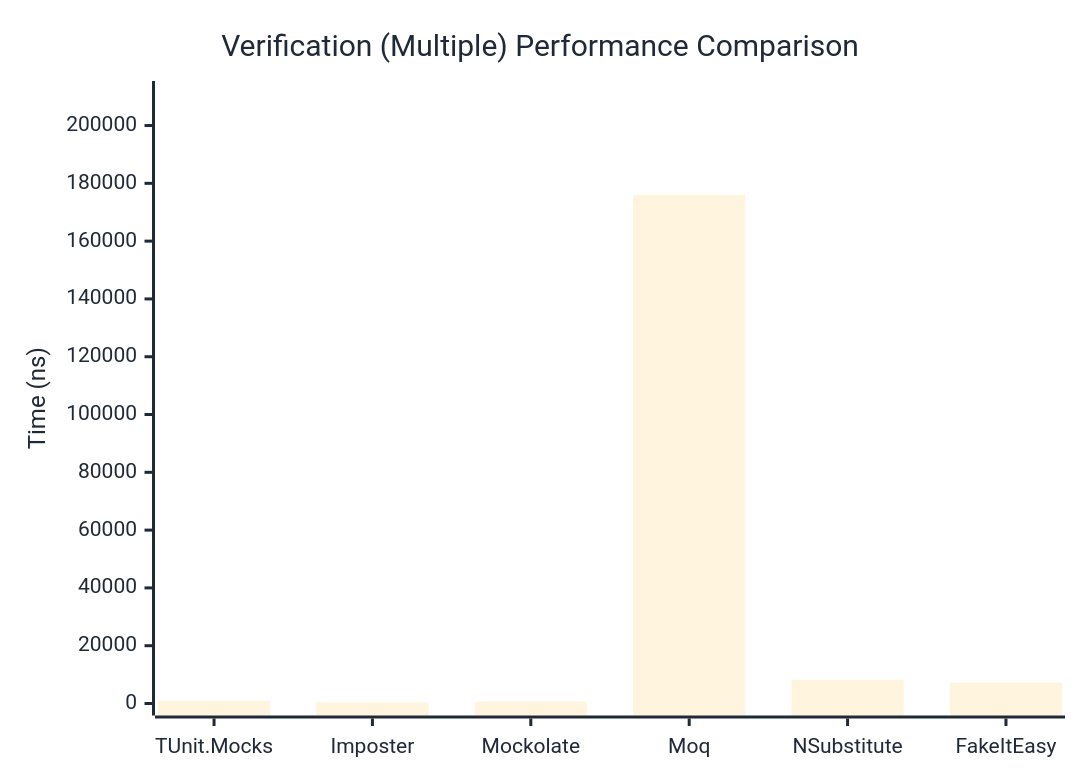
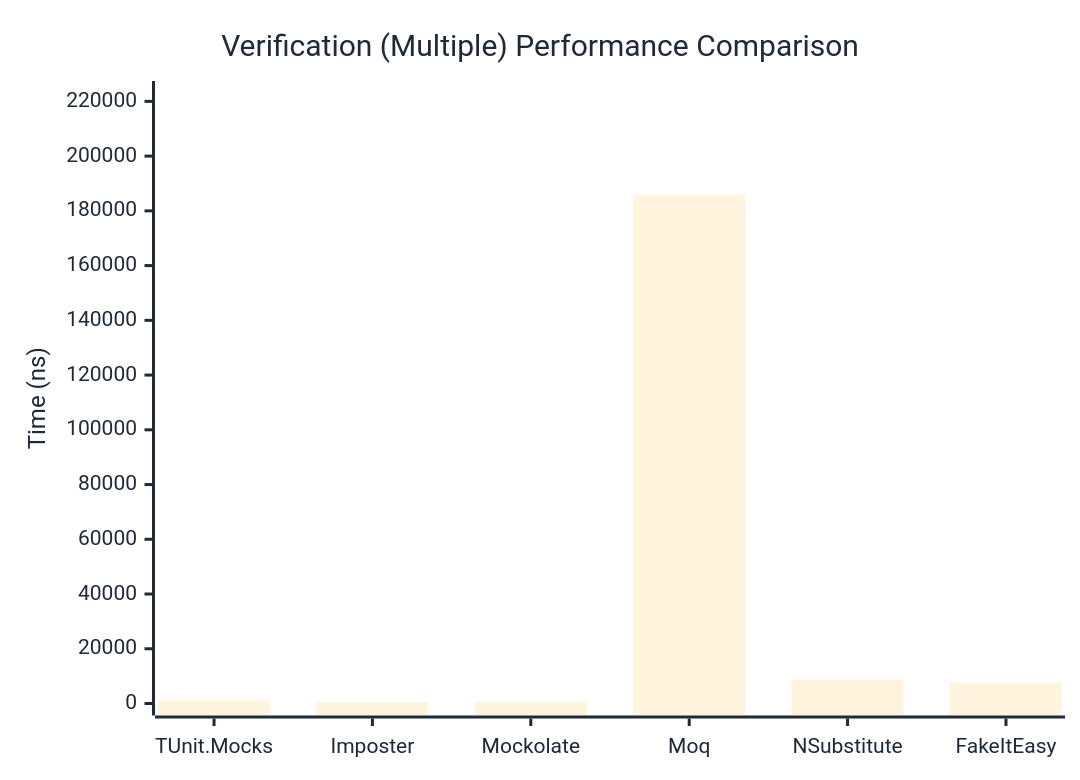
One commit to thomhurst/TUnit changed the third of 3 diagrams in docs/docs/benchmarks/mocks/Verification.md. Above: the diagram before and after it, drawn with Mermaid. The commit also changed other lines of this file and 14 other files, not shown here.

````diff
--- a/docs/docs/benchmarks/mocks/Verification.md
+++ b/docs/docs/benchmarks/mocks/Verification.md
@@ -112,27 +112,27 @@
 ```mermaid
 %%{init: {
   'theme':'base',
   'themeVariables': {
     'primaryColor': '#2563eb',
     'primaryTextColor': '#1f2937',
     'primaryBorderColor': '#1e40af',
     'lineColor': '#6b7280',
     'secondaryColor': '#7c3aed',
     'tertiaryColor': '#dc2626',
     'background': '#ffffff',
     'pie1': '#2563eb',
     'pie2': '#7c3aed',
     'pie3': '#dc2626',
     'pie4': '#f59e0b',
     'pie5': '#10b981',
     'pie6': '#06b6d4',
     'pie7': '#ec4899',
     'pie8': '#6366f1'
   }
 }}%%
 xychart-beta
   title "Verification (Multiple) Performance Comparison"
   x-axis ["TUnit.Mocks", "Imposter", "Mockolate", "Moq", "NSubstitute", "FakeItEasy"]
-  y-axis "Time (ns)" 0 --> 211260
-  bar [939.21, 426.38, 627.2, 176049.31, 8230.25, 7224.92]
+  y-axis "Time (ns)" 0 --> 223061
+  bar [1082.73, 494.73, 709, 185883.74, 8776.33, 7643.17]
 ```
````
